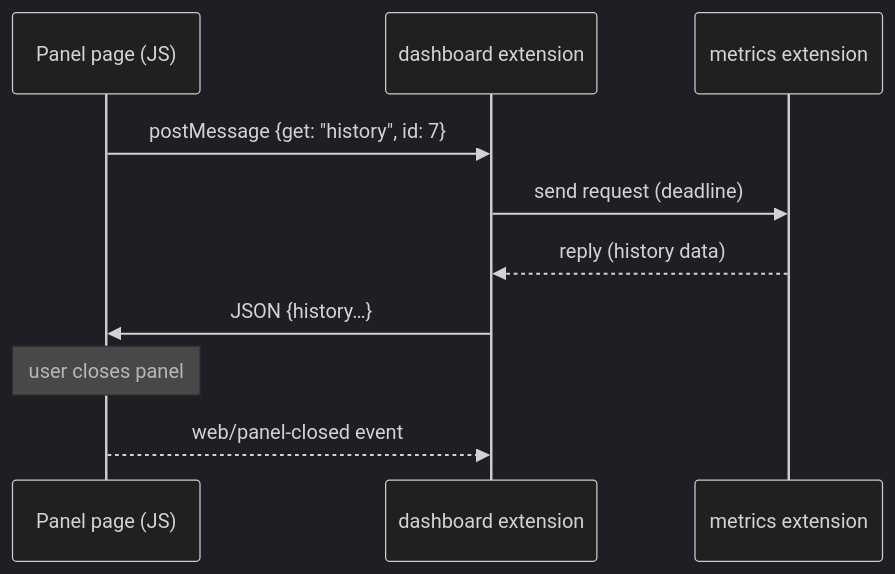
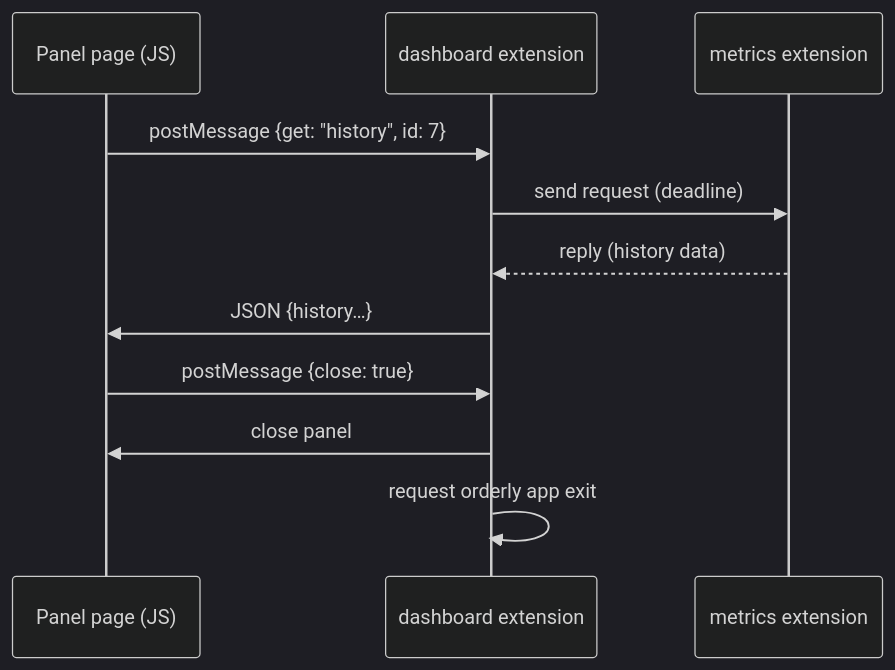
Before and after one commit to an-dr/bones: the diagram in docs/examples/web-app.md, drawn with Mermaid (dark theme). The commit also changed other lines of this file and 191 other files, not shown here.

First line of the commit message:
feat: add orderly shutdown, flow control, and web panels

````diff
--- a/docs/examples/web-app.md
+++ b/docs/examples/web-app.md
@@ -24,13 +35,14 @@
 ```mermaid
 sequenceDiagram
     participant Page as Panel page (JS)
     participant D as dashboard extension
     participant M as metrics extension
 
     Page->>D: postMessage {get: "history", id: 7}
     D->>M: send request (deadline)
     M-->>D: reply (history data)
     D->>Page: JSON {history…}
-    Note over Page: user closes panel
-    Page-->>D: web/panel-closed event
+    Page->>D: postMessage {close: true}
+    D->>Page: close panel
+    D->>D: request orderly app exit
 ```
````
